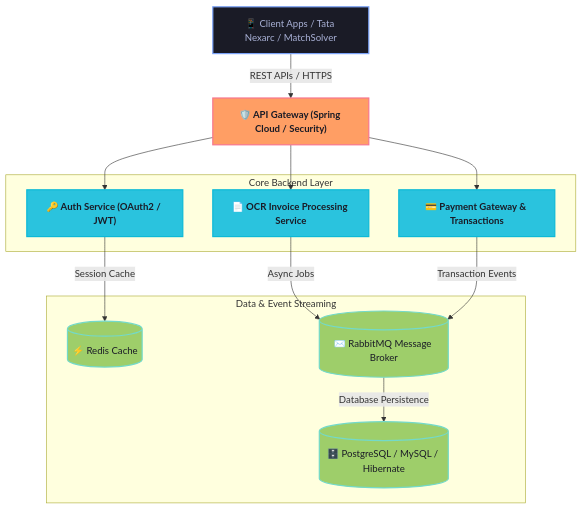
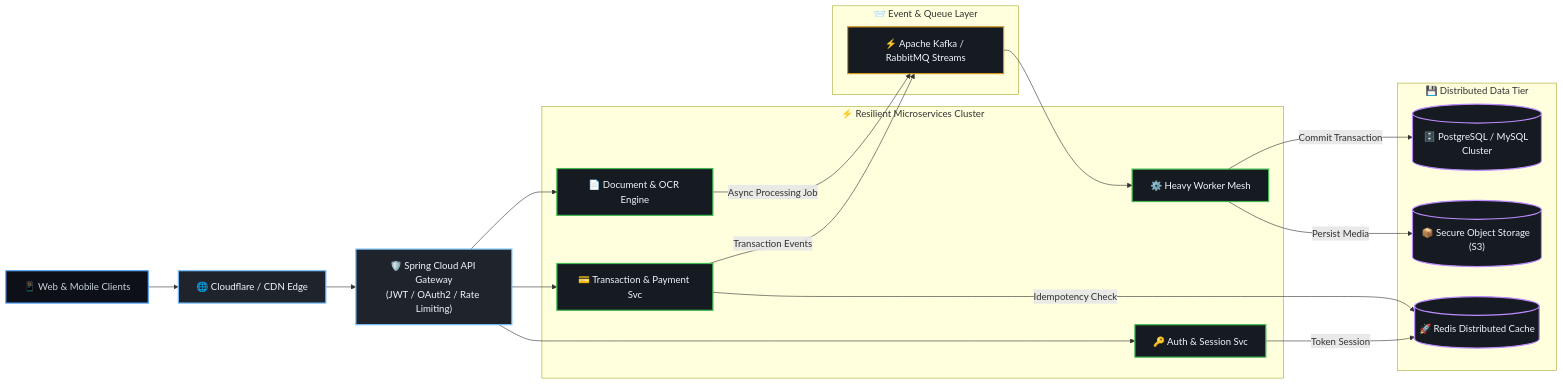
Before and after one commit to mskumar1/mskumar1: the diagram in README.md, drawn with Mermaid. The commit also changed other lines of this file, not shown here.

Commit message:
feat: overhaul profile to next-level graphics and showcase high-impact systems

````diff
--- a/README.md
+++ b/README.md
@@ -105,35 +89,44 @@
 ```mermaid
-graph TD
-    %% Styling
-    classDef default fill:#1a1b26,stroke:#7aa2f7,stroke-width:2px,color:#a9b1d6;
-    classDef gateway fill:#ff9e64,stroke:#f7768e,stroke-width:2px,color:#1a1b26,font-weight:bold;
-    classDef service fill:#2ac3de,stroke:#0db9d7,stroke-width:2px,color:#1a1b26,font-weight:bold;
-    classDef db fill:#9ece6a,stroke:#73daca,stroke-width:2px,color:#1a1b26;
+flowchart LR
+    %% Theme Styling
+    classDef client fill:#0d1117,stroke:#58a6ff,stroke-width:2px,color:#c9d1d9;
+    classDef edge fill:#1f242c,stroke:#79c0ff,stroke-width:2px,color:#f0f6fc;
+    classDef core fill:#161b22,stroke:#3fb950,stroke-width:2px,color:#f0f6fc;
+    classDef stream fill:#161b22,stroke:#d29922,stroke-width:2px,color:#f0f6fc;
+    classDef store fill:#161b22,stroke:#bc8cff,stroke-width:2px,color:#f0f6fc;
 
-    %% Nodes
-    Client["📱 Client Apps / Tata Nexarc / MatchSolver"]
-    Gateway["🛡️ API Gateway (Spring Cloud / Security)"]:::gateway
-    
-    subgraph Microservices ["Core Backend Layer"]
-        Auth["🔑 Auth Service (OAuth2 / JWT)"]:::service
-        Invoice["📄 OCR Invoice Processing Service"]:::service
-        Payment["💳 Payment Gateway & Transactions"]:::service
+    User["📱 Web & Mobile Clients"]:::client
+    CDN["🌐 Cloudflare / CDN Edge"]:::edge
+    Gateway["🛡️ Spring Cloud API Gateway<br/>(JWT / OAuth2 / Rate Limiting)"]:::edge
+
+    subgraph Cluster ["⚡ Resilient Microservices Cluster"]
+        AuthSvc["🔑 Auth & Session Svc"]:::core
+        PaymentSvc["💳 Transaction & Payment Svc"]:::core
+        DocSvc["📄 Document & OCR Engine"]:::core
+        AsyncWorker["⚙️ Heavy Worker Mesh"]:::core
     end
 
-    subgraph DataStore ["Data & Event Streaming"]
-        DB[("🗄️ PostgreSQL / MySQL / Hibernate")]:::db
-        Cache[("⚡ Redis Cache")]:::db
-        Queue[("✉️ RabbitMQ Message Broker")]:::db
+    subgraph Messaging ["📨 Event & Queue Layer"]
+        Kafka["⚡ Apache Kafka / RabbitMQ Streams"]:::stream
     end
 
-    %% Flows
-    Client -->|REST APIs / HTTPS| Gateway
-    Gateway --> Auth
-    Gateway --> Invoice
-    Gateway --> Payment
+    subgraph Persistence ["💾 Distributed Data Tier"]
+        DB[("🗄️ PostgreSQL / MySQL Cluster")]:::store
+        Cache[("🚀 Redis Distributed Cache")]:::store
+        S3[("📦 Secure Object Storage (S3)")]:::store
+    end
 
-    Invoice -->|Async Jobs| Queue
-    Payment -->|Transaction Events| Queue
-    Queue -->|Database Persistence| DB
-    Auth -->|Session Cache| Cache
+    User --> CDN --> Gateway
+    Gateway --> AuthSvc
+    Gateway --> PaymentSvc
+    Gateway --> DocSvc
+
+    PaymentSvc -->|Idempotency Check| Cache
+    PaymentSvc -->|Transaction Events| Kafka
+    DocSvc -->|Async Processing Job| Kafka
+
+    Kafka --> AsyncWorker
+    AsyncWorker -->|Persist Media| S3
+    AsyncWorker -->|Commit Transaction| DB
+    AuthSvc -->|Token Session| Cache
 ```
````
